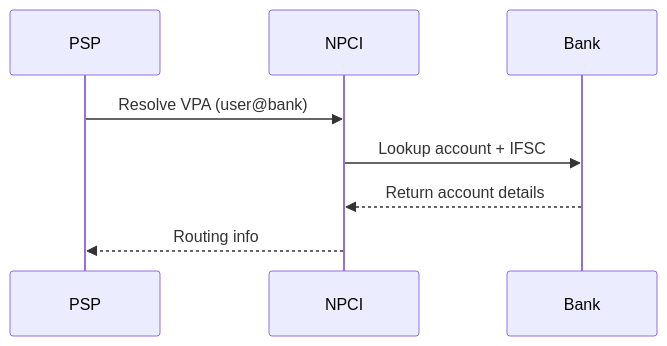
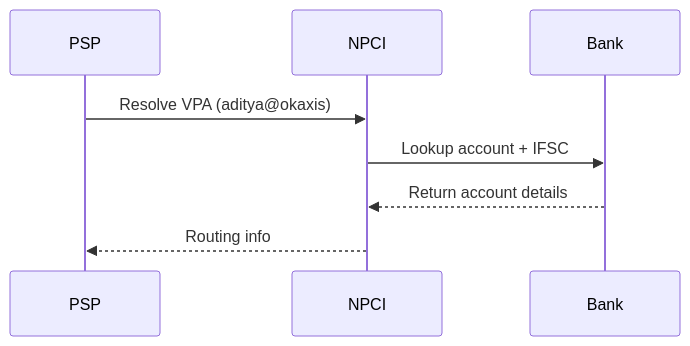
The second of 7 diagrams in UPI System Design.md (facileWizard/SystemDesgin), drawn with Mermaid before and after one commit. The commit also changed other lines of this file, not shown here.

````diff
--- a/UPI System Design.md
+++ b/UPI System Design.md
@@ -43,11 +57,11 @@
 ```mermaid
 sequenceDiagram
     participant PSP
     participant NPCI
     participant Bank
 
-    PSP->>NPCI: Resolve VPA (user@bank)
+    PSP->>NPCI: Resolve VPA (aditya@okaxis)
     NPCI->>Bank: Lookup account + IFSC
     Bank-->>NPCI: Return account details
     NPCI-->>PSP: Routing info
 ```
````
